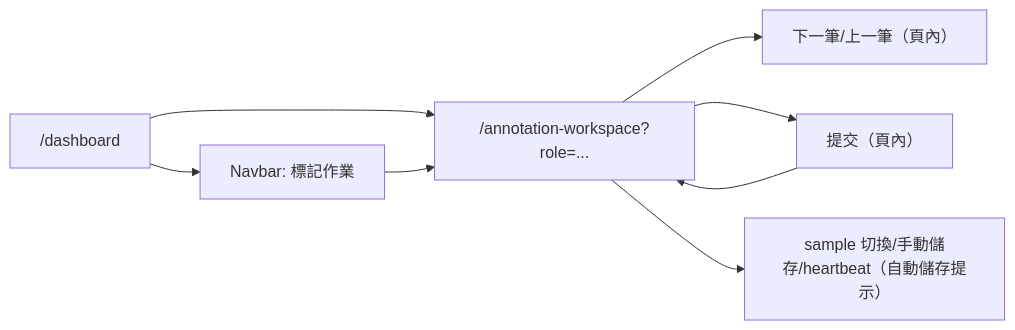
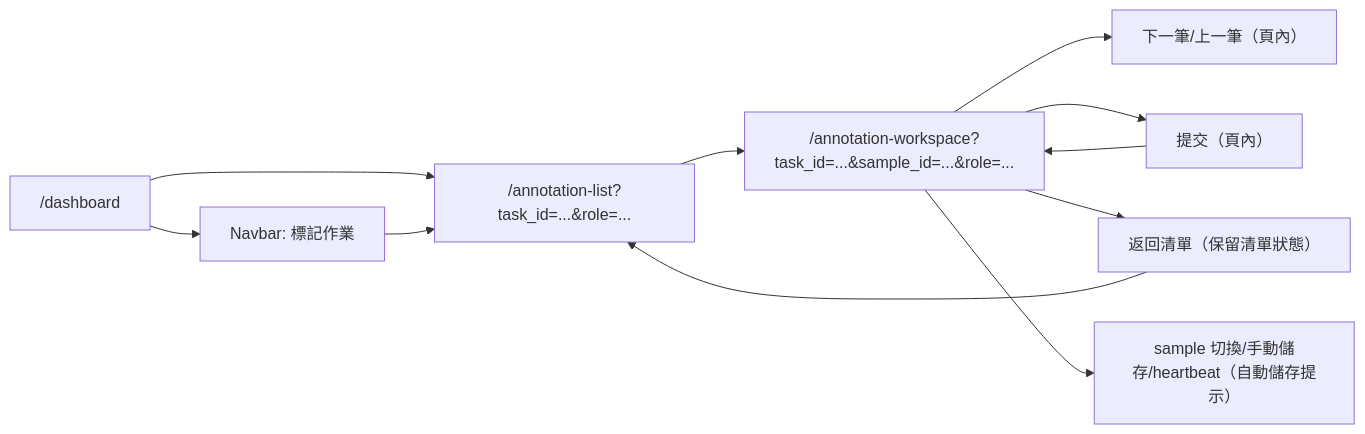
The second of 2 diagrams in specs/annotation/015-annotation-workspace/spec.md (singyichen/label-suite), drawn with Mermaid before and after one commit. The commit also changed other lines of this file and 7 other files, not shown here.

Commit message:
feat(annotation): add annotation-list flow and row navigation

````diff
--- a/specs/annotation/015-annotation-workspace/spec.md
+++ b/specs/annotation/015-annotation-workspace/spec.md
@@ -214,10 +262,13 @@
 ```mermaid
 flowchart LR
-    D["/dashboard"] --> AW["/annotation-workspace?role=..."]
+    D["/dashboard"] --> AL["/annotation-list?task_id=...&role=..."]
     D --> NAV["Navbar: 標記作業"]
-    NAV --> AW
+    NAV --> AL
+    AL --> AW["/annotation-workspace?task_id=...&sample_id=...&role=..."]
     AW --> NEXT["下一筆/上一筆（頁內）"]
     AW --> SUBMIT["提交（頁內）"]
     SUBMIT --> AW
+    AW --> BACK["返回清單（保留清單狀態）"]
+    BACK --> AL
     AW --> AUTO["sample 切換/手動儲存/heartbeat（自動儲存提示）"]
 ```
````
